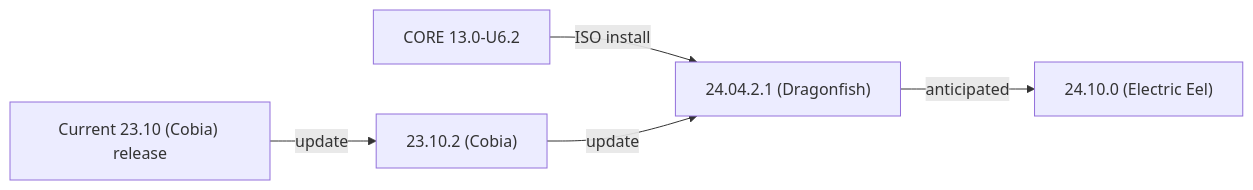
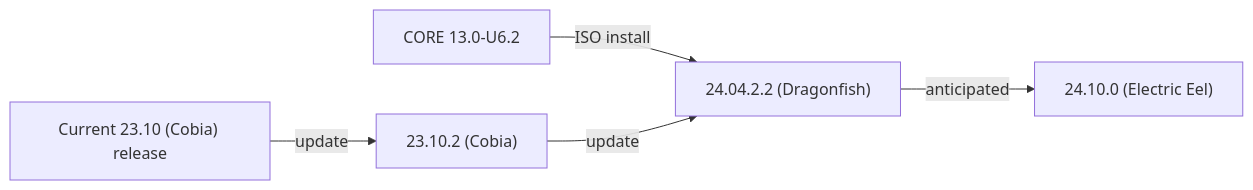
Before and after one commit to truenas/documentation: the second of 2 diagrams in static/includes/SCALEUpgradePaths.md, drawn with Mermaid. The commit also changed other lines of this file and 2 other files, not shown here.

Commit message:
Port 24.04.2.2 schedule updates to master

```diff
--- a/static/includes/SCALEUpgradePaths.md
+++ b/static/includes/SCALEUpgradePaths.md
@@ -65,8 +65,8 @@
           {{< mermaid class="mermaid_sizing" >}}
           flowchart LR
             A["CORE 13.0-U6.2"] -->|ISO install| D
             B["Current 23.10 (Cobia) release"] -->|update| C
             C["23.10.2 (Cobia)"] -->|update| D
-            D["24.04.2.1 (Dragonfish)"]  -->|anticipated| E
+            D["24.04.2.2 (Dragonfish)"]  -->|anticipated| E
             E["24.10.0 (Electric Eel)"]
           {{< /mermaid >}}
```
